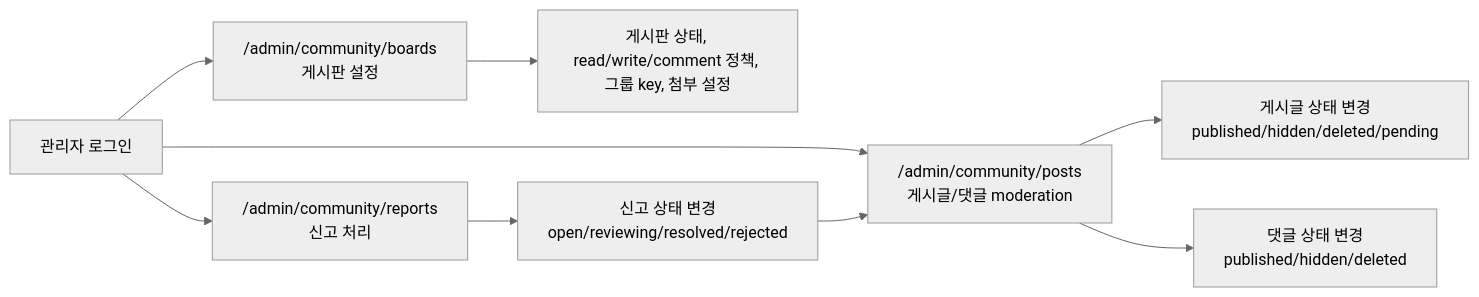
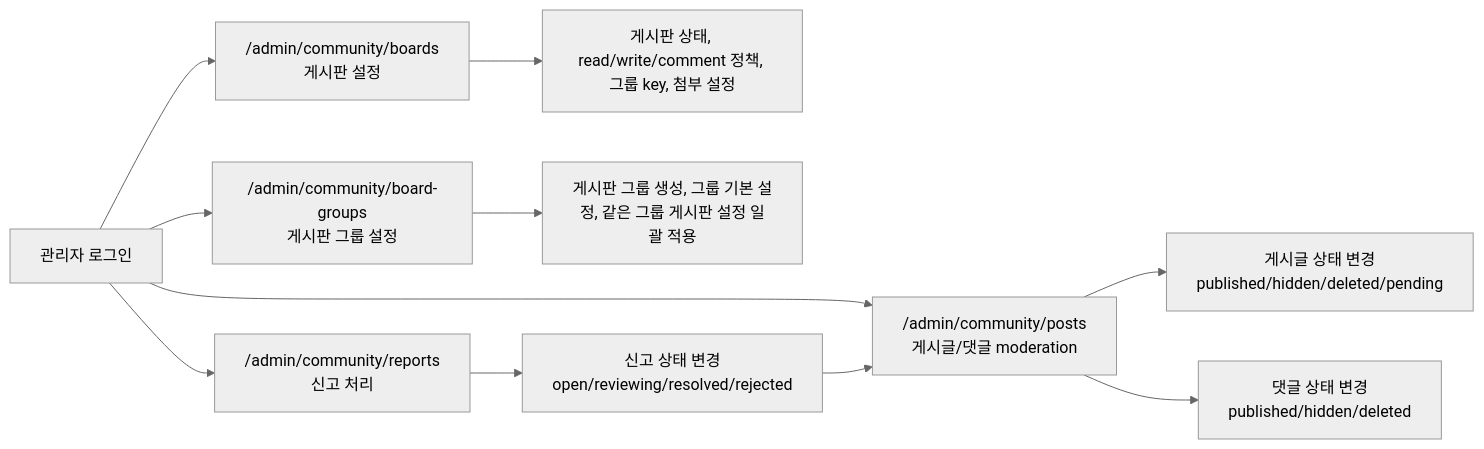
Before and after one commit to whitedot/saanraan: the third of 3 diagrams in docs/community-module-plan.md, drawn with Mermaid (neutral theme). The commit also changed other lines of this file and 8 other files, not shown here.

````diff
--- a/docs/community-module-plan.md
+++ b/docs/community-module-plan.md
@@ -593,11 +593,13 @@
 ```mermaid
 flowchart LR
     adminLogin["관리자 로그인"] --> adminBoards["/admin/community/boards<br>게시판 설정"]
+    adminLogin --> adminBoardGroups["/admin/community/board-groups<br>게시판 그룹 설정"]
     adminLogin --> adminPosts["/admin/community/posts<br>게시글/댓글 moderation"]
     adminLogin --> adminReports["/admin/community/reports<br>신고 처리"]
     adminBoards --> boardPolicy["게시판 상태, read/write/comment 정책, 그룹 key, 첨부 설정"]
+    adminBoardGroups --> groupPolicy["게시판 그룹 생성, 그룹 기본 설정, 같은 그룹 게시판 설정 일괄 적용"]
     adminPosts --> postStatus["게시글 상태 변경<br>published/hidden/deleted/pending"]
     adminPosts --> commentStatus["댓글 상태 변경<br>published/hidden/deleted"]
     adminReports --> reportStatus["신고 상태 변경<br>open/reviewing/resolved/rejected"]
     reportStatus --> adminPosts
 ```
````
